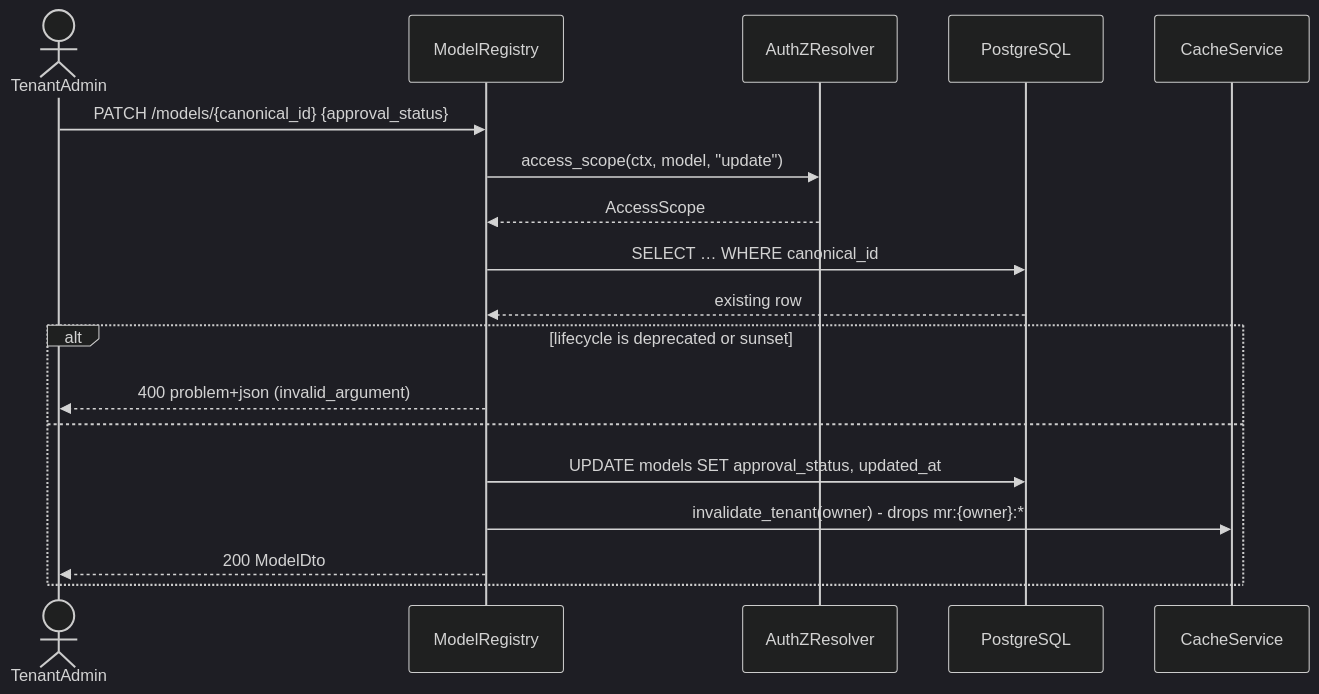
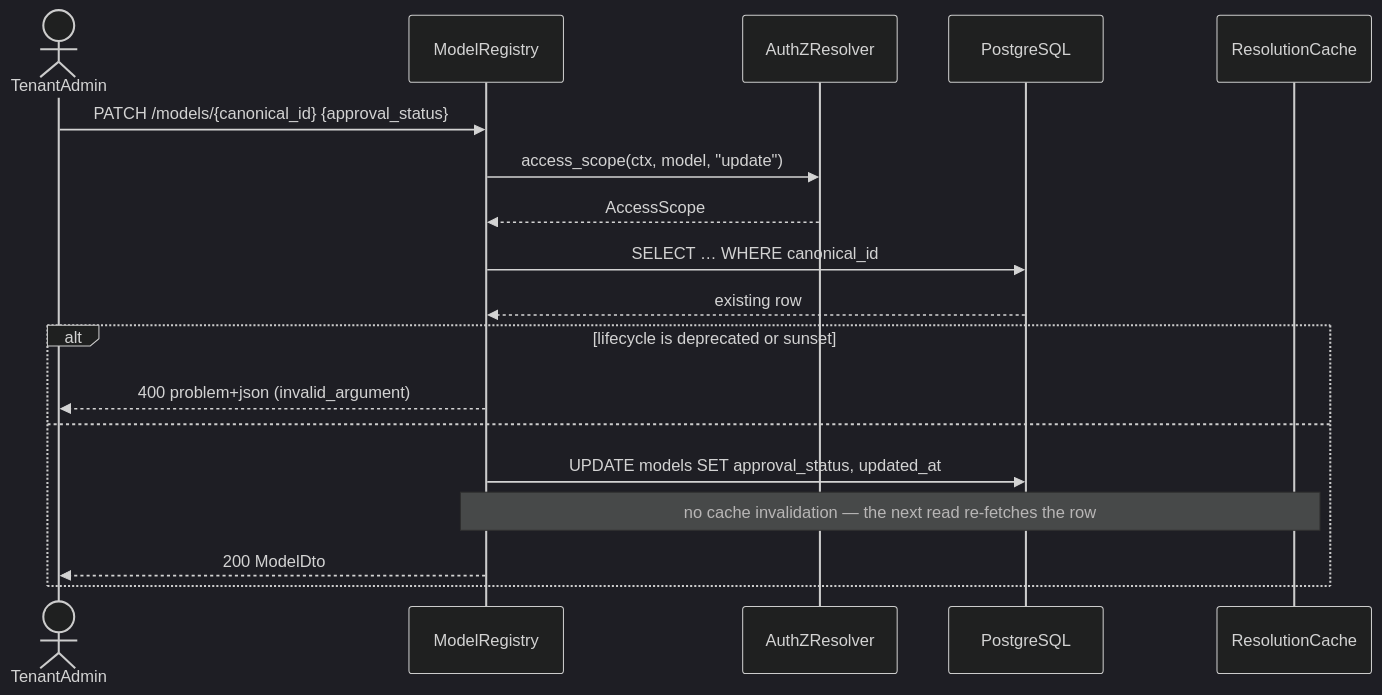
One commit to constructorfabric/gears-rust changed the sixth of 9 diagrams in gears/model-registry/docs/DESIGN.md. Above: the diagram before and after it, drawn with Mermaid (dark theme). The commit also changed other lines of this file and 1 other file, not shown here.

Commit message:
docs(model-registry): Update cache strategy

````diff
--- a/gears/model-registry/docs/DESIGN.md
+++ b/gears/model-registry/docs/DESIGN.md
@@ -1228,21 +1279,21 @@
 ```mermaid
 sequenceDiagram
     actor TenantAdmin
     participant MR as ModelRegistry
     participant PDP as AuthZResolver
     participant DB as PostgreSQL
-    participant Cache as CacheService
+    participant Cache as ResolutionCache
 
     TenantAdmin->>MR: PATCH /models/{canonical_id} {approval_status}
     MR->>PDP: access_scope(ctx, model, "update")
     PDP-->>MR: AccessScope
     MR->>DB: SELECT … WHERE canonical_id
     DB-->>MR: existing row
     alt lifecycle is deprecated or sunset
         MR-->>TenantAdmin: 400 problem+json (invalid_argument)
     else
         MR->>DB: UPDATE models SET approval_status, updated_at
-        MR->>Cache: invalidate_tenant(owner) - drops mr:{owner}:*
+        note over MR,Cache: no cache invalidation — the next read re-fetches the row
         MR-->>TenantAdmin: 200 ModelDto
     end
 ```
````
